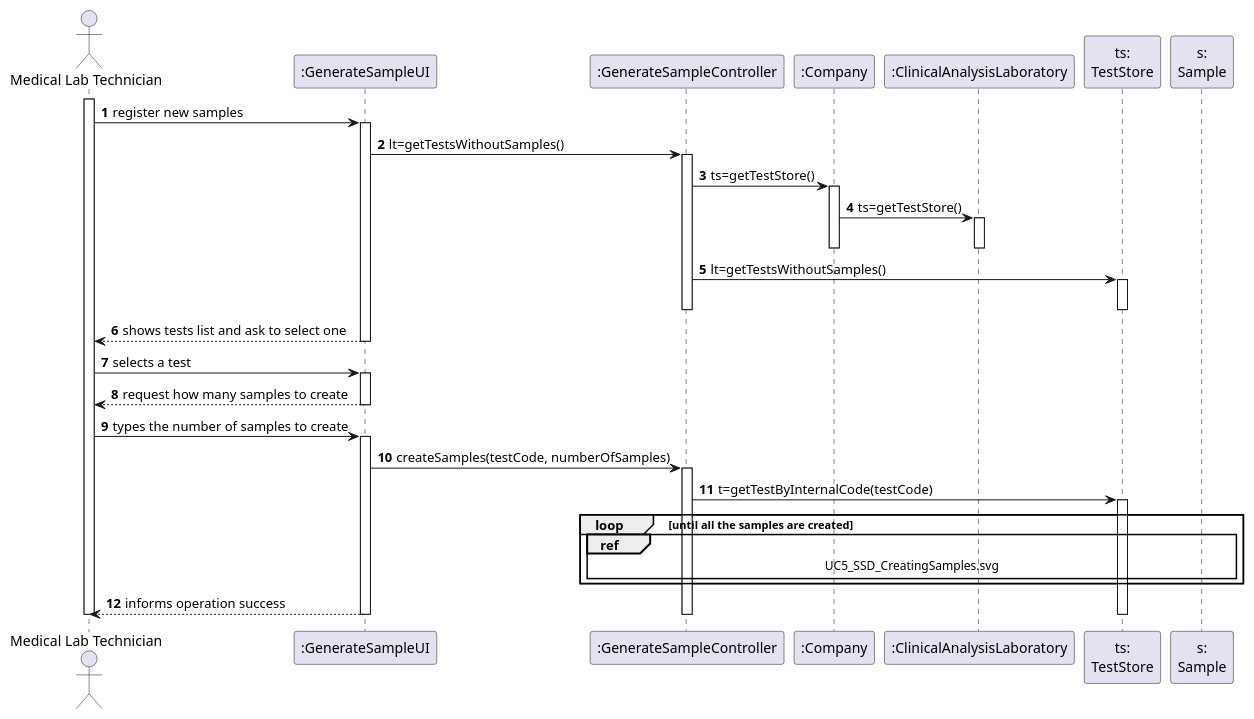
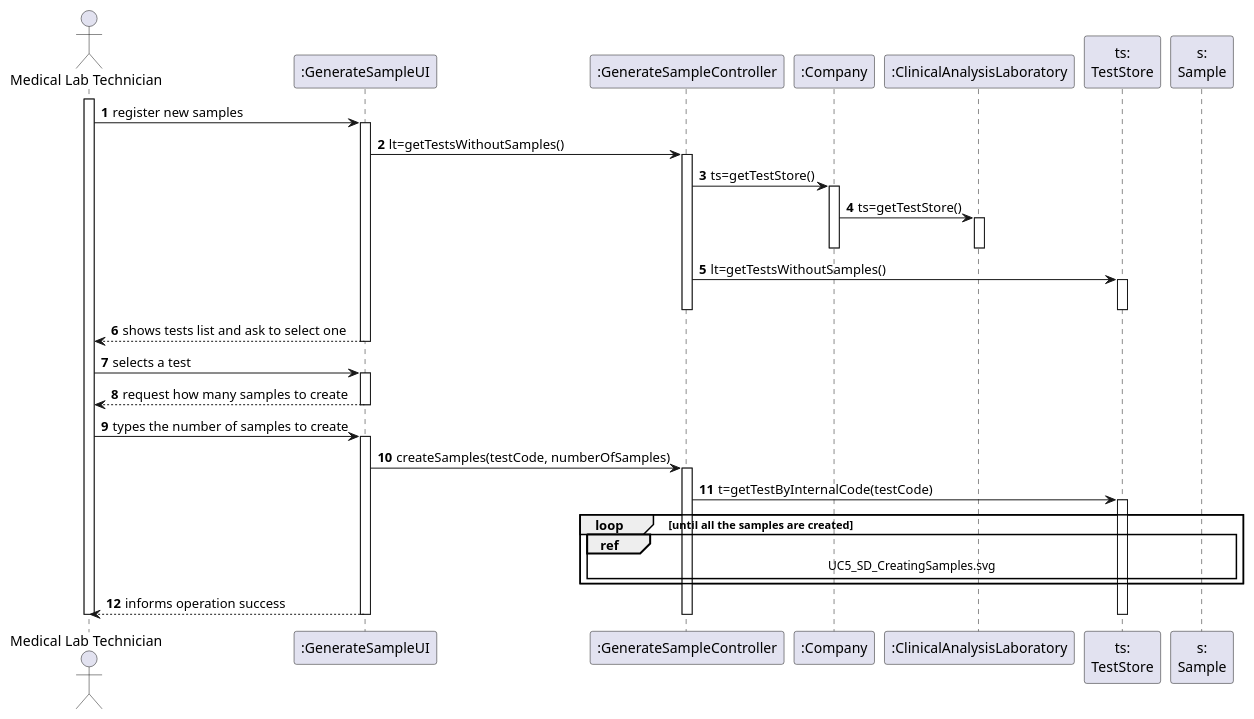
One commit to RuiRioPina/LAPR2-20-21 changed the diagram in docs/SprintC/US_5/UC5_SD.puml. Above: the diagram before and after it, drawn with PlantUML. The commit also changed 1 other file, not shown here.

```diff
--- a/docs/SprintC/US_5/UC5_SD.puml
+++ b/docs/SprintC/US_5/UC5_SD.puml
@@ -1,49 +1,49 @@
 @startuml
 autonumber
 actor "Medical Lab Technician" as MEDLT
 
 participant ":GenerateSampleUI" as UI
 participant ":GenerateSampleController" as CTRL
 participant ":Company" as CMP
 participant ":ClinicalAnalysisLaboratory" as LAB
 participant "ts:\nTestStore" as TS
 participant "s:\nSample" as S
 
 activate MEDLT
 MEDLT -> UI : register new samples
 activate UI
 UI -> CTRL : lt=getTestsWithoutSamples()
 activate CTRL
 CTRL -> CMP : ts=getTestStore()
 activate CMP
 CMP -> LAB : ts=getTestStore()
 activate LAB
 deactivate LAB
 deactivate CMP
 CTRL -> TS : lt=getTestsWithoutSamples()
 activate TS
 deactivate TS
 deactivate CTRL
 UI --> MEDLT : shows tests list and ask to select one
 deactivate UI
 
 MEDLT -> UI : selects a test
 activate UI
 UI --> MEDLT : request how many samples to create
 deactivate UI
 
 MEDLT -> UI : types the number of samples to create
 activate UI
 UI -> CTRL : createSamples(testCode, numberOfSamples)
 activate CTRL
 CTRL -> TS : t=getTestByInternalCode(testCode)
 activate TS
 loop until all the samples are created
-    ref over CTRL, TS , S: UC5_SSD_CreatingSamples.svg
+    ref over CTRL, TS , S: UC5_SD_CreatingSamples.svg
 end loop
 UI --> MEDLT : informs operation success
 deactivate TS
 deactivate CTRL
 deactivate UI
 deactivate MEDLT
 @enduml
```
